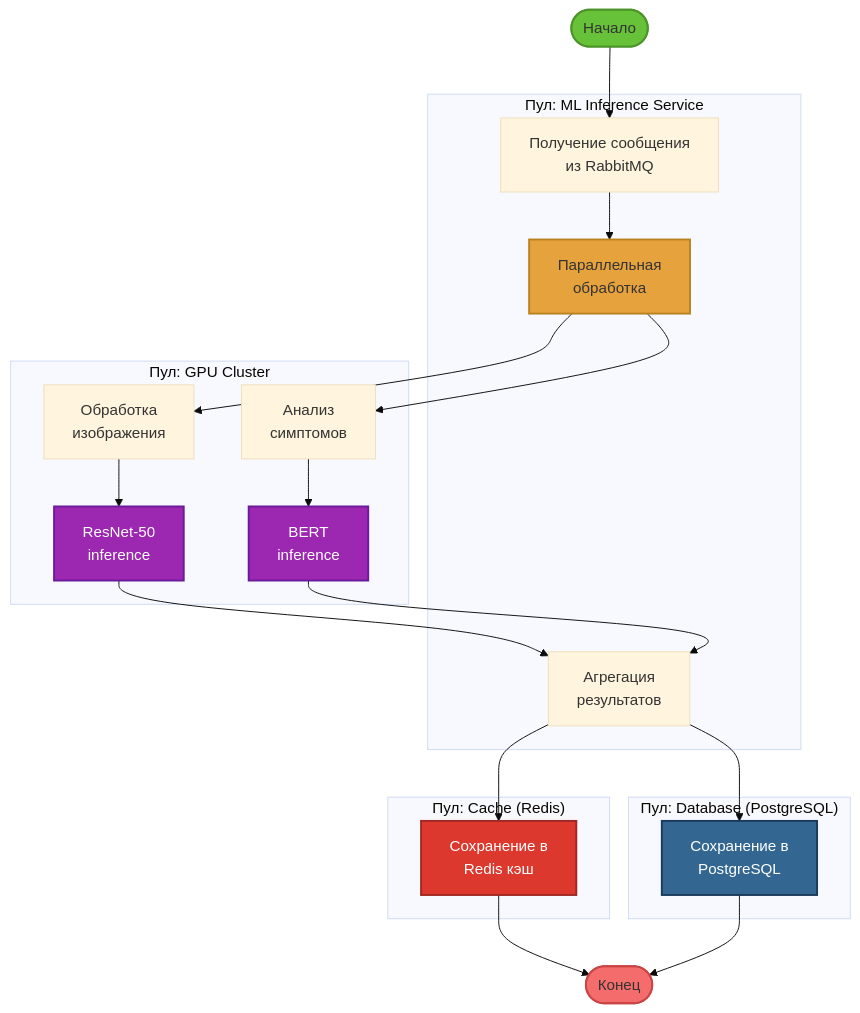
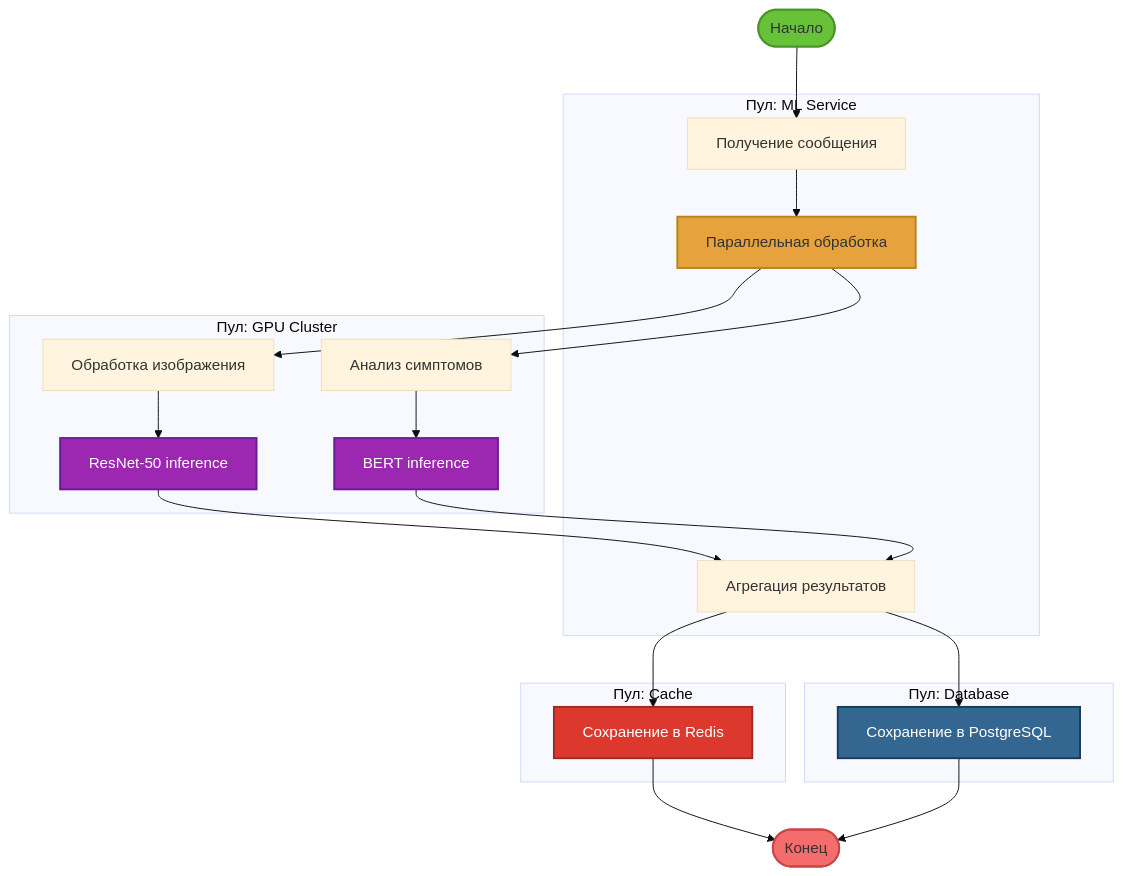
Before and after one commit to Edisheri/system-engineering-playbook: the diagram in src/architecture/bpmn-scenario3.md, drawn with Mermaid (base theme). The commit also changed 3 other files, not shown here.

Commit message:
Optimize BPMN scenario diagrams: reduce text length and make more compact for screenshots

````diff
--- a/src/architecture/bpmn-scenario3.md
+++ b/src/architecture/bpmn-scenario3.md
@@ -11,46 +11,46 @@
 ```mermaid
 graph TB
     Start([Начало])
     
-    subgraph "Пул: ML Inference Service"
-        M1[Получение сообщения<br/>из RabbitMQ]
-        M2[Параллельная<br/>обработка]
-        M3[Агрегация<br/>результатов]
+    subgraph "Пул: ML Service"
+        M1[Получение сообщения]
+        M2[Параллельная обработка]
+        M3[Агрегация результатов]
     end
     
     subgraph "Пул: GPU Cluster"
-        G1[Обработка<br/>изображения]
-        G2[Анализ<br/>симптомов]
-        G3[ResNet-50<br/>inference]
-        G4[BERT<br/>inference]
+        G1[Обработка изображения]
+        G2[Анализ симптомов]
+        G3[ResNet-50 inference]
+        G4[BERT inference]
     end
     
-    subgraph "Пул: Cache (Redis)"
-        R1[Сохранение в<br/>Redis кэш]
+    subgraph "Пул: Cache"
+        R1[Сохранение в Redis]
     end
     
-    subgraph "Пул: Database (PostgreSQL)"
-        D1[Сохранение в<br/>PostgreSQL]
+    subgraph "Пул: Database"
+        D1[Сохранение в PostgreSQL]
     end
     
     Start --> M1
     M1 --> M2
     M2 --> G1
     M2 --> G2
     G1 --> G3
     G2 --> G4
     G3 --> M3
     G4 --> M3
     M3 --> R1
     M3 --> D1
     R1 --> End([Конец])
     D1 --> End
     
     style Start fill:#67c23a,stroke:#4a9428,stroke-width:2px
     style End fill:#f56c6c,stroke:#c94545,stroke-width:2px
     style M2 fill:#e6a23c,stroke:#b8821e,stroke-width:2px
     style G3 fill:#9c27b0,stroke:#6a1b9a,stroke-width:2px,color:#fff
     style G4 fill:#9c27b0,stroke:#6a1b9a,stroke-width:2px,color:#fff
     style R1 fill:#dc382d,stroke:#a02822,stroke-width:2px,color:#fff
     style D1 fill:#336791,stroke:#1a3a5c,stroke-width:2px,color:#fff
 ```
````
